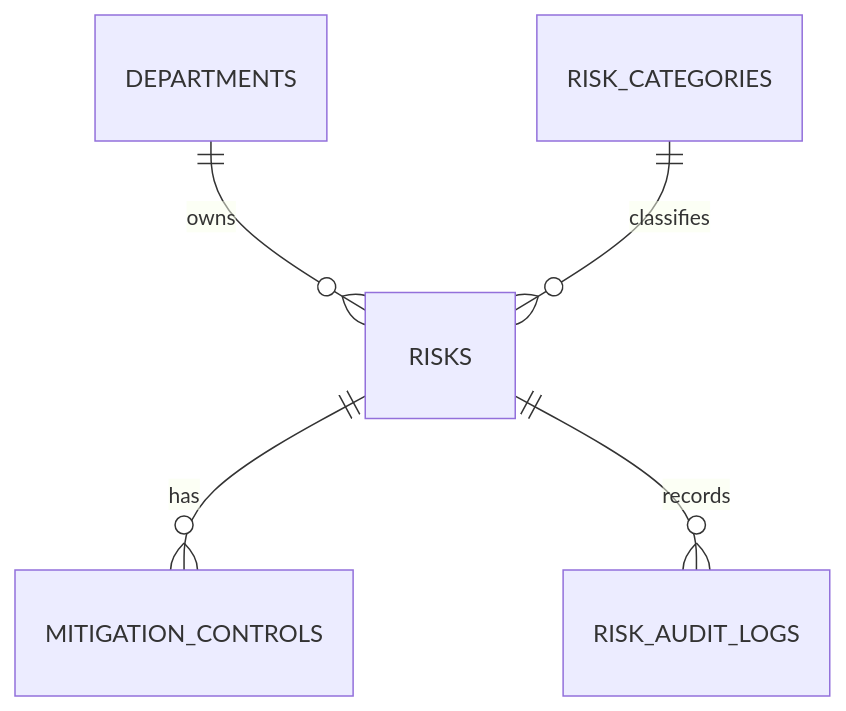
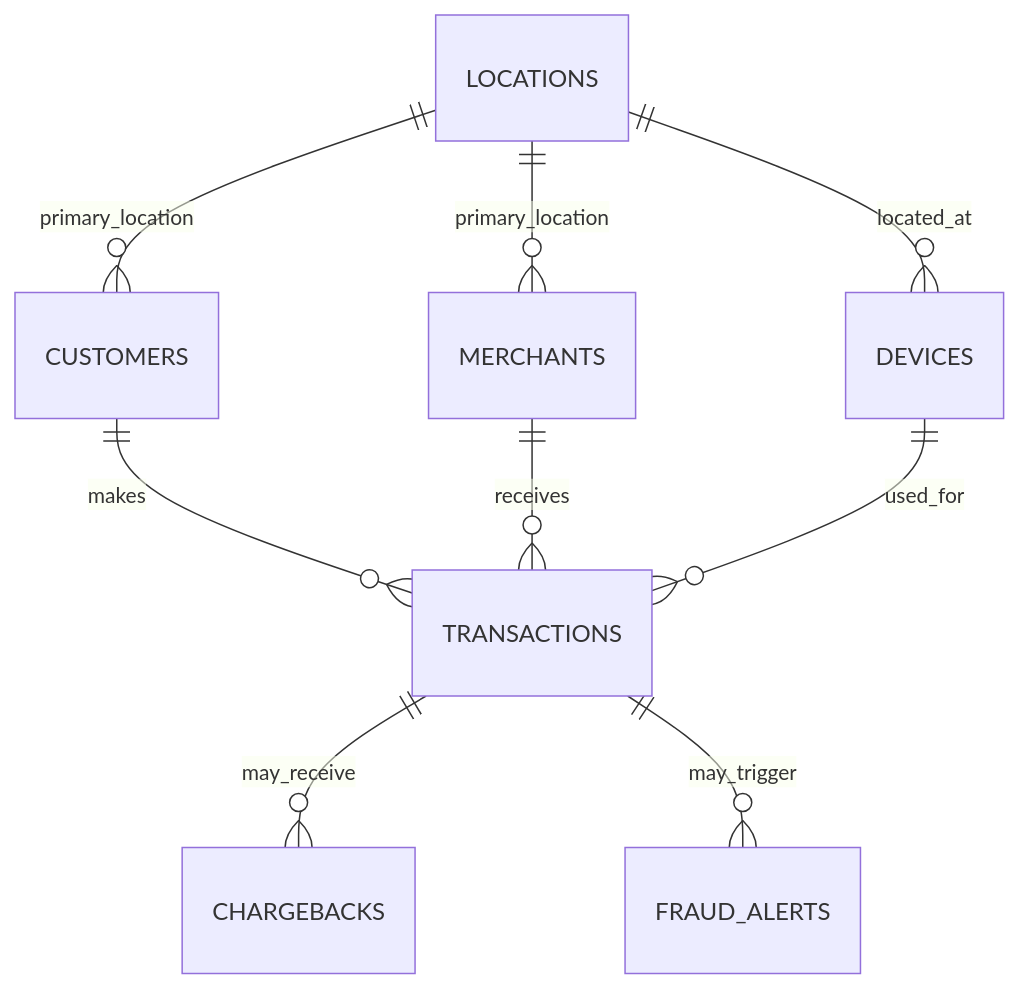
The diagram in docs/ER_DIAGRAM.md (Sh3456/SmartFin), drawn with Mermaid before and after one commit. The commit also changed other lines of this file, not shown here.

Commit message:
Redesign ER diagram for fraud analytics

````diff
--- a/docs/ER_DIAGRAM.md
+++ b/docs/ER_DIAGRAM.md
@@ -3,7 +3,11 @@
 ```mermaid
 erDiagram
-  DEPARTMENTS ||--o{ RISKS : owns
-  RISK_CATEGORIES ||--o{ RISKS : classifies
-  RISKS ||--o{ MITIGATION_CONTROLS : has
-  RISKS ||--o{ RISK_AUDIT_LOGS : records
+  LOCATIONS ||--o{ DEVICES : located_at
+  LOCATIONS ||--o{ CUSTOMERS : primary_location
+  LOCATIONS ||--o{ MERCHANTS : primary_location
+  CUSTOMERS ||--o{ TRANSACTIONS : makes
+  MERCHANTS ||--o{ TRANSACTIONS : receives
+  DEVICES ||--o{ TRANSACTIONS : used_for
+  TRANSACTIONS ||--o{ CHARGEBACKS : may_receive
+  TRANSACTIONS ||--o{ FRAUD_ALERTS : may_trigger
 ```
````
